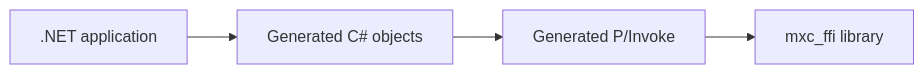
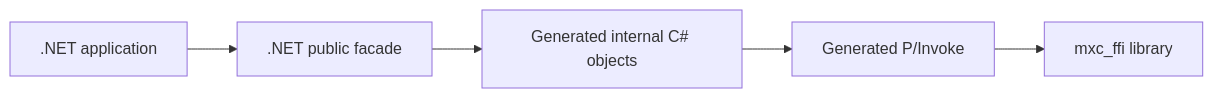
Before and after one commit to microsoft/mxc: the second of 3 diagrams in docs/designs/SDK/node-dotnet-sdk-generation.md, drawn with Mermaid. The commit also changed other lines of this file and 2 other files, not shown here.

First line of the commit message:
Clarify generated SDK surfaces

````diff
--- a/docs/designs/SDK/node-dotnet-sdk-generation.md
+++ b/docs/designs/SDK/node-dotnet-sdk-generation.md
@@ -30,6 +46,7 @@
 ```mermaid
 flowchart LR
-    A[.NET application] --> C[Generated C# objects]
+    A[.NET application] --> F[.NET public facade]
+    F --> C[Generated internal C# objects]
     C --> P[Generated P/Invoke]
     P --> L[mxc_ffi library]
 ```
````
